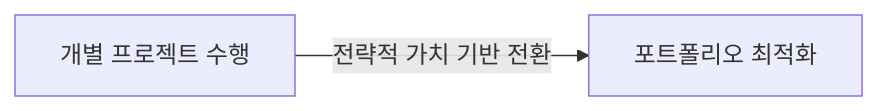
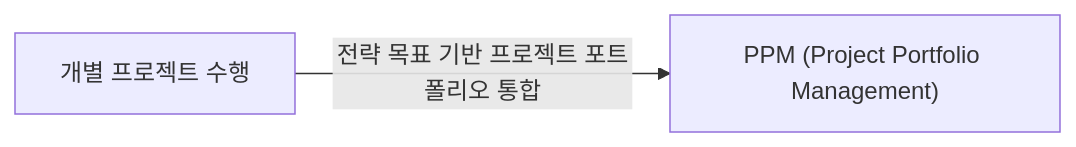
One commit to jeonck/fw-thinking changed the first of 3 diagrams in docs/01-it-governance/ppm.md. Above: the diagram before and after it, drawn with Mermaid. The commit also changed other lines of this file and 123 other files, not shown here.

````diff
--- a/docs/01-it-governance/ppm.md
+++ b/docs/01-it-governance/ppm.md
@@ -9,4 +8,4 @@
 ```mermaid
 flowchart LR
-    A["개별 프로젝트 수행"] -- "전략적 가치 기반 전환" --> B["포트폴리오 최적화"]
+    A["개별 프로젝트 수행"] -- "전략 목표 기반 프로젝트 포트폴리오 통합" --> B["PPM (Project Portfolio Management)"]
 ```
````
